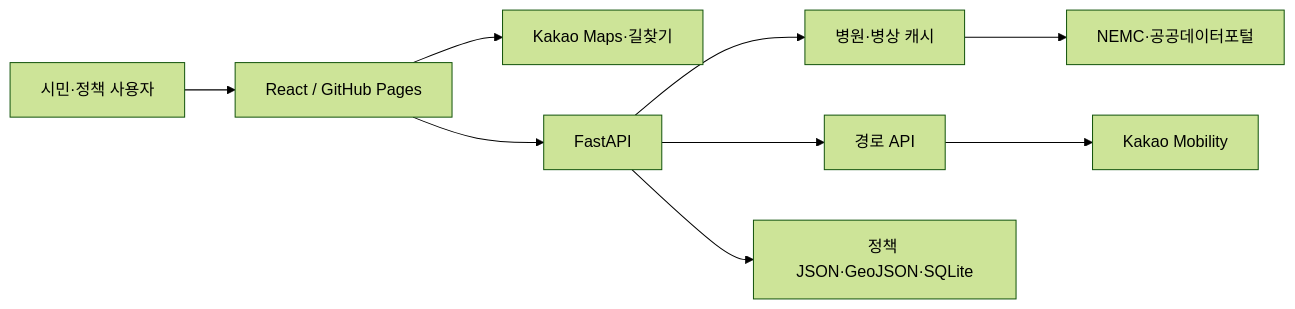
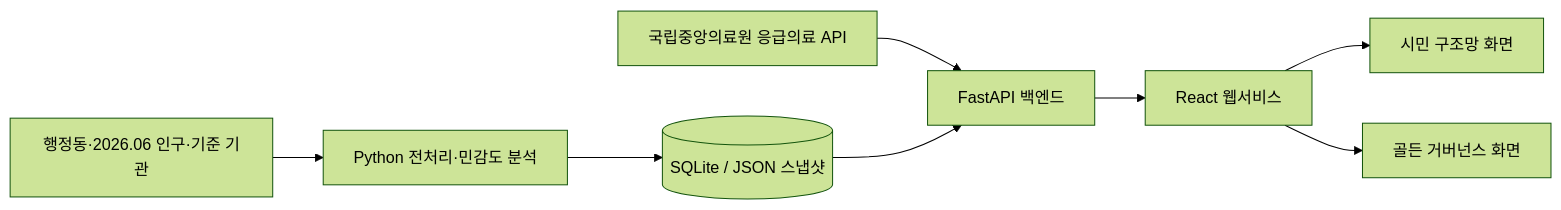
One commit to ssg-sak/golden-project changed the diagram in README.md. Above: the diagram before and after it, drawn with Mermaid (forest theme). The commit also changed other lines of this file and 2 other files, not shown here.

````diff
--- a/README.md
+++ b/README.md
@@ -225,11 +194,10 @@
-~~~mermaid
+```mermaid
 flowchart LR
-  U[시민·정책 사용자] --> F[React / GitHub Pages]
-  F --> K[Kakao Maps·길찾기]
-  F --> B[FastAPI]
-  B --> C[병원·병상 캐시]
-  B --> R[경로 API]
-  B --> P[정책 JSON·GeoJSON·SQLite]
-  C --> N[NEMC·공공데이터포털]
-  R --> M[Kakao Mobility]
-~~~
+    A[국립중앙의료원 응급의료 API] --> B[FastAPI 백엔드]
+    C[행정동·2026.06 인구·기준 기관] --> D[Python 전처리·민감도 분석]
+    D --> E[(SQLite / JSON 스냅샷)]
+    E --> B
+    B --> F[React 웹서비스]
+    F --> G[시민 구조망 화면]
+    F --> H[골든 거버넌스 화면]
+```
````
